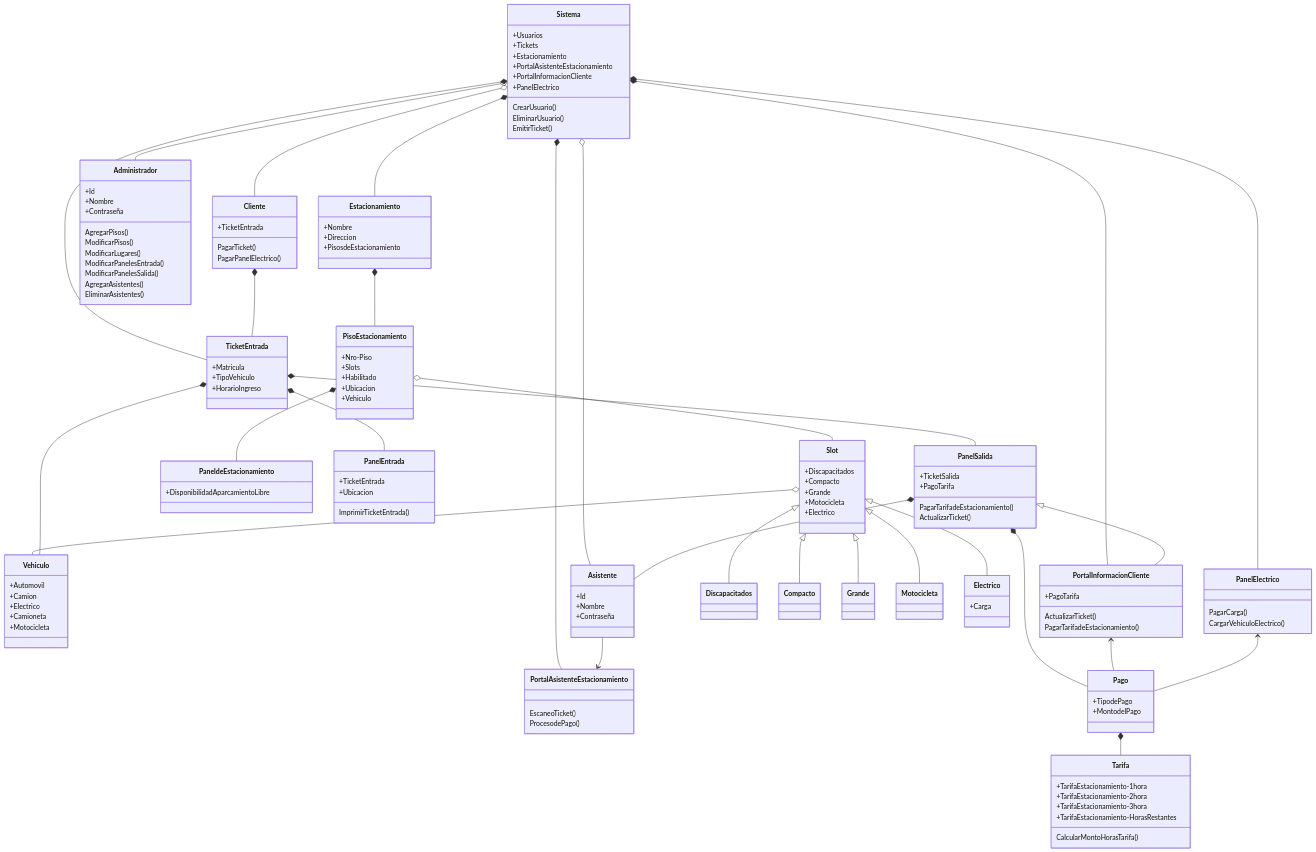
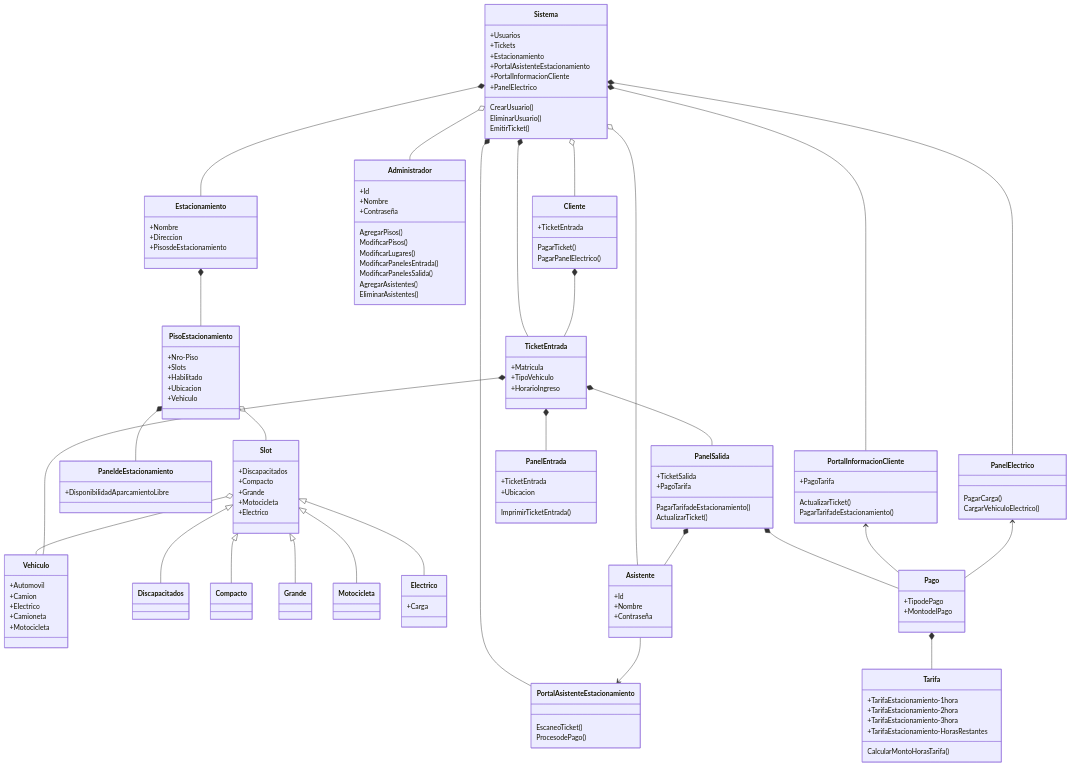
The diagram in doc/diagrama.mmd (09MauroID/Estacionamiento), drawn with Mermaid before and after one commit.

```diff
--- a/doc/diagrama.mmd
+++ b/doc/diagrama.mmd
@@ -1,152 +1,151 @@
 classDiagram
     Estacionamiento *-- PisoEstacionamiento
     PisoEstacionamiento o-- Slot
     Slot o-- Vehiculo
     PisoEstacionamiento *-- PaneldeEstacionamiento
     
     Sistema *-- Estacionamiento
     Sistema *-- TicketEntrada
     Sistema *-- PortalAsistenteEstacionamiento
     Sistema *-- PortalInformacionCliente
     Sistema *-- PanelElectrico
 
     Slot <|-- Discapacitados
     Slot <|-- Compacto
     Slot <|-- Grande
     Slot <|-- Motocicleta
     Slot <|-- Electrico
     
     Sistema o-- Administrador
     Sistema o-- Cliente
     Sistema o-- Asistente
     
     Asistente --> PortalAsistenteEstacionamiento
 
     Cliente *-- TicketEntrada
 
     TicketEntrada *-- PanelEntrada
     TicketEntrada *-- PanelSalida
     TicketEntrada *-- Vehiculo
 
     PanelSalida *-- Asistente
-    PanelSalida *-- Pago
-    PanelSalida <|-- PortalInformacionCliente    
+    PanelSalida *-- Pago    
 
     PortalInformacionCliente <-- Pago
 
     PanelElectrico <-- Pago
 
     Pago *-- Tarifa
 
     class Sistema
     Sistema: +Usuarios
     Sistema: +Tickets
     Sistema: +Estacionamiento
     Sistema: +PortalAsistenteEstacionamiento
     Sistema: +PortalInformacionCliente
     Sistema: +PanelElectrico
     Sistema: CrearUsuario()
     Sistema: EliminarUsuario()
     Sistema: EmitirTicket()
 
     class Estacionamiento
     Estacionamiento: +Nombre
     Estacionamiento: +Direccion
     Estacionamiento: +PisosdeEstacionamiento
 
     class PisoEstacionamiento
     PisoEstacionamiento: +Nro-Piso
     PisoEstacionamiento: +Slots
     PisoEstacionamiento: +Habilitado
     PisoEstacionamiento: +Ubicacion
     PisoEstacionamiento: +Vehiculo
 
     class Slot
     Slot: +Discapacitados
     Slot: +Compacto
     Slot: +Grande
     Slot: +Motocicleta
     Slot: +Electrico
     
     class Discapacitados
 
     class Compacto
     
     class Grande
     
     class Motocicleta
     
     class Electrico
     Electrico: +Carga
 
     class Vehiculo
     Vehiculo: +Automovil
     Vehiculo: +Camion
     Vehiculo: +Electrico
     Vehiculo: +Camioneta
     Vehiculo: +Motocicleta
 
     class Administrador
     Administrador: +Id
     Administrador: +Nombre
     Administrador: +Contraseña
     Administrador: AgregarPisos()
     Administrador: ModificarPisos()
     Administrador: ModificarLugares()
     Administrador: ModificarPanelesEntrada()
     Administrador: ModificarPanelesSalida()
     Administrador: AgregarAsistentes()
     Administrador: EliminarAsistentes()
 
     class Asistente
     Asistente: +Id
     Asistente: +Nombre
     Asistente: +Contraseña
     
     class Cliente
     Cliente: +TicketEntrada
     Cliente: PagarTicket()
     Cliente: PagarPanelElectrico()
 
     class TicketEntrada
     TicketEntrada: +Matricula
     TicketEntrada: +TipoVehiculo
     TicketEntrada: +HorarioIngreso
 
     class PanelEntrada
     PanelEntrada: +TicketEntrada
     PanelEntrada: +Ubicacion
     PanelEntrada: ImprimirTicketEntrada()
 
     class PanelSalida
     PanelSalida: +TicketSalida
     PanelSalida: +PagoTarifa
     PanelSalida: PagarTarifadeEstacionamiento()
     PanelSalida: ActualizarTicket()
 
     class Pago
     Pago: +TipodePago
     Pago: +MontodelPago
 
     class Tarifa
     Tarifa: +TarifaEstacionamiento-1hora
     Tarifa: +TarifaEstacionamiento-2hora
     Tarifa: +TarifaEstacionamiento-3hora
     Tarifa: +TarifaEstacionamiento-HorasRestantes
     Tarifa: CalcularMontoHorasTarifa()
 
     class PaneldeEstacionamiento
     PaneldeEstacionamiento: +DisponibilidadAparcamientoLibre
 
     class PortalAsistenteEstacionamiento
     PortalAsistenteEstacionamiento: EscaneoTicket()
     PortalAsistenteEstacionamiento: ProcesodePago()
 
     class PortalInformacionCliente
     PortalInformacionCliente: +PagoTarifa
     PortalInformacionCliente: ActualizarTicket()
     PortalInformacionCliente: PagarTarifadeEstacionamiento()
 
     class PanelElectrico
     PanelElectrico: PagarCarga()
     PanelElectrico: CargarVehiculoElectrico()
```
